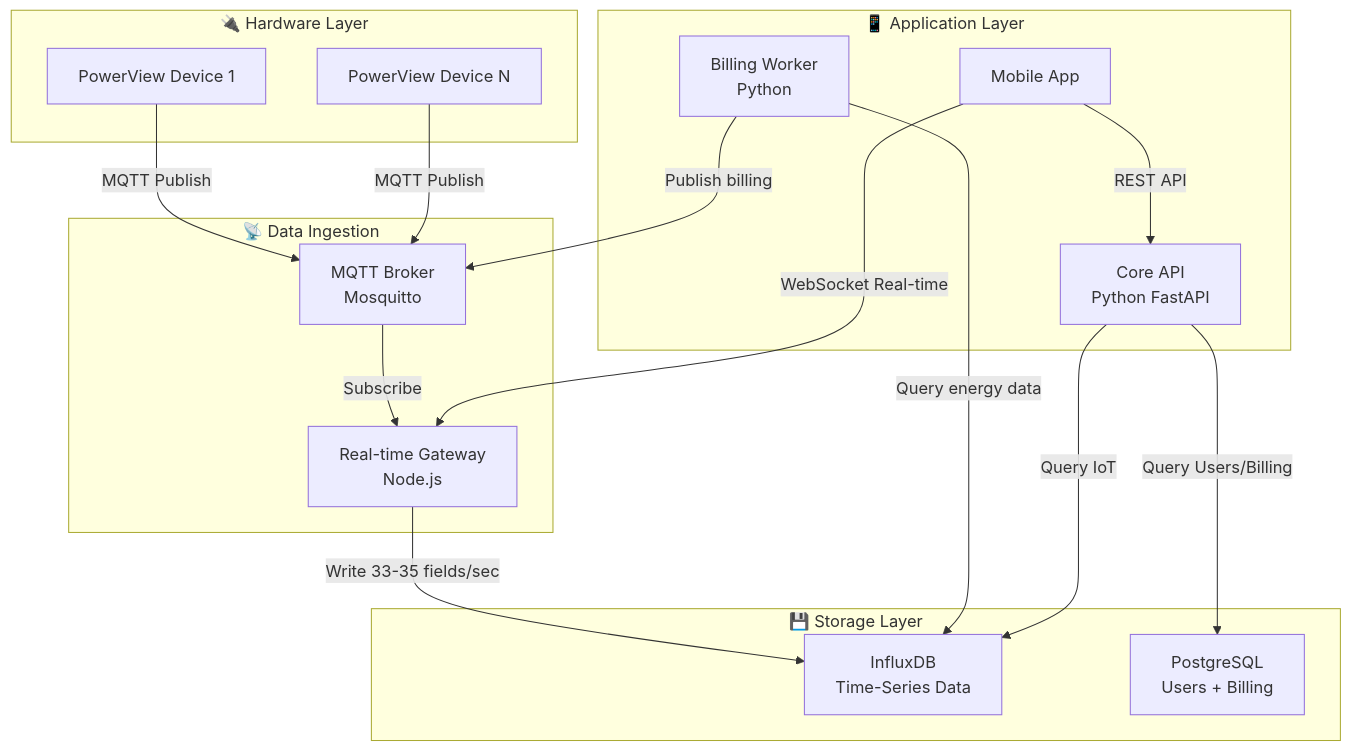
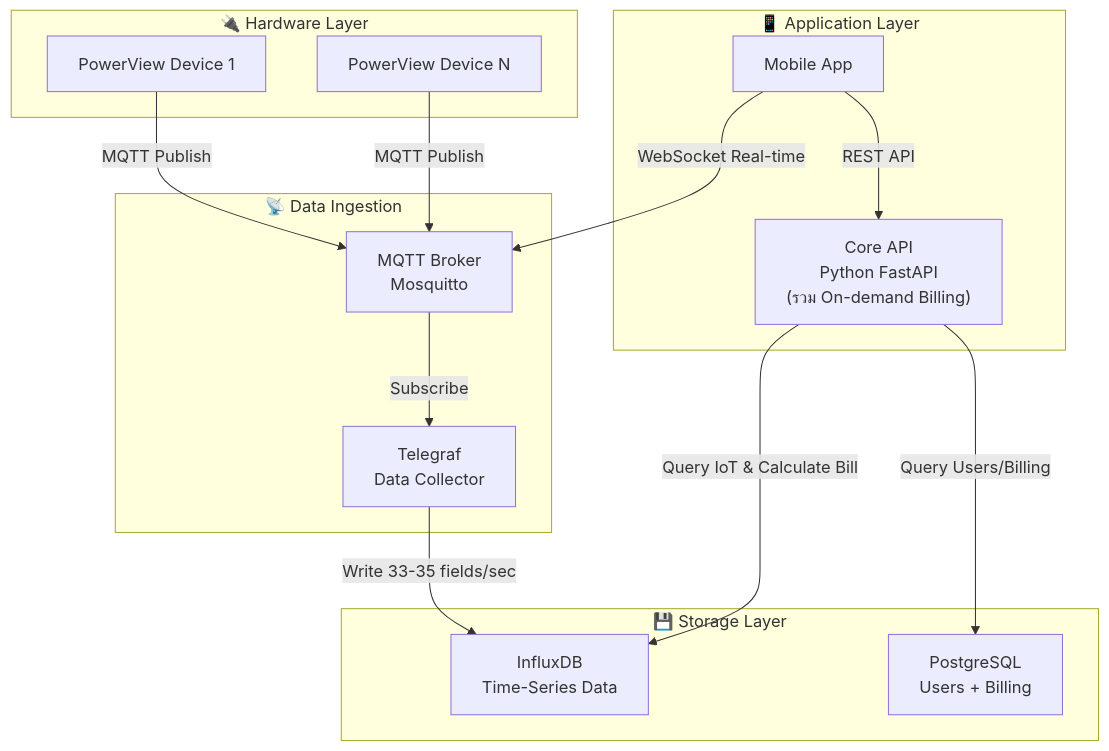
One commit to u65042380107/share changed the first of 30 diagrams in BILLING_AND_TIERS_SYSTEM.md. Above: the diagram before and after it, drawn with Mermaid. The commit also changed other lines of this file, not shown here.

````diff
--- a/BILLING_AND_TIERS_SYSTEM.md
+++ b/BILLING_AND_TIERS_SYSTEM.md
@@ -68,33 +68,30 @@
 ```mermaid
 flowchart TD
     subgraph Hardware ["🔌 Hardware Layer"]
         HW1["PowerView Device 1"]
         HW2["PowerView Device N"]
     end
 
     subgraph Ingestion ["📡 Data Ingestion"]
         MQTT["MQTT Broker<br/>Mosquitto"]
-        GW["Real-time Gateway<br/>Node.js"]
+        GW["Telegraf<br/>Data Collector"]
     end
 
     subgraph Storage ["💾 Storage Layer"]
         Influx["InfluxDB<br/>Time-Series Data"]
         PG["PostgreSQL<br/>Users + Billing"]
     end
 
     subgraph App ["📱 Application Layer"]
-        API["Core API<br/>Python FastAPI"]
-        Billing["Billing Worker<br/>Python"]
+        API["Core API<br/>Python FastAPI<br/>(รวม On-demand Billing)"]
         Mobile["Mobile App"]
     end
 
     HW1 & HW2 -->|MQTT Publish| MQTT
     MQTT -->|Subscribe| GW
     GW -->|Write 33-35 fields/sec| Influx
-    Billing -->|Query energy data| Influx
-    Billing -->|Publish billing| MQTT
-    API -->|Query IoT| Influx
+    API -->|Query IoT & Calculate Bill| Influx
     API -->|Query Users/Billing| PG
     Mobile -->|REST API| API
-    Mobile -->|WebSocket Real-time| GW
+    Mobile -->|WebSocket Real-time| MQTT
 ```
````
